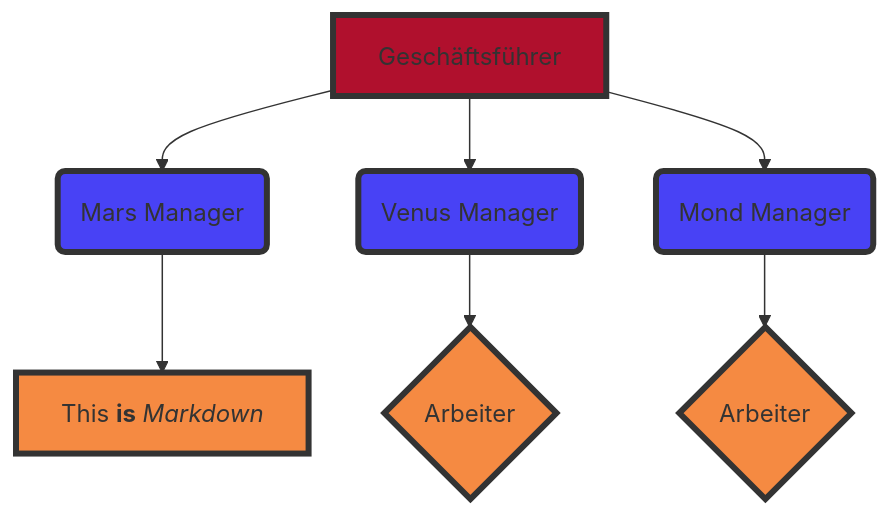
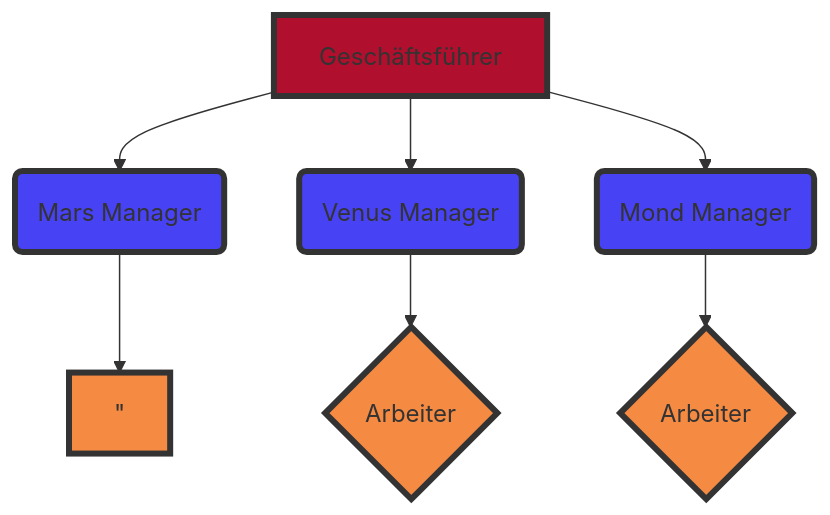
The diagram in Geltungsbereich.md (Team6IT26A/LF4), drawn with Mermaid before and after one commit.

````diff
--- a/Geltungsbereich.md
+++ b/Geltungsbereich.md
@@ -4,20 +4,20 @@
 ```mermaid
 graph TB
     A[Geschäftsführer]
     A --> B(Mars Manager)
     A --> C(Venus Manager)
     A --> D(Mond Manager)
-    E["`This **is** _Markdown_`"]
+   E["&quot;"]
     F{Arbeiter}
     G{Arbeiter}
     B --> E
     C --> F
     D --> G
 
     classDef red fill:#b0102d,stroke:#333,stroke-width:4px;
     classDef blue fill:#4842f5,stroke:#333,stroke-width:4px;
     classDef orange fill:#f58a42,stroke:#333,stroke-width:4px;
     class A red
     class B,C,D blue
     class E,F,G orange
 ```
````
